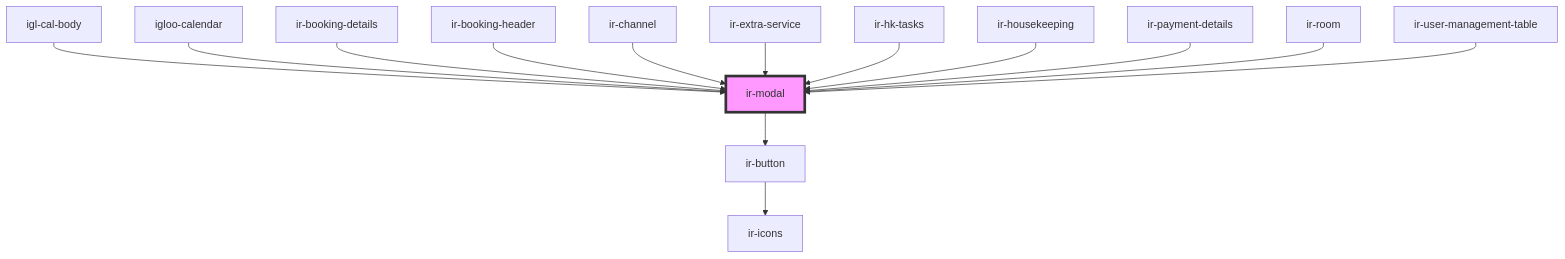
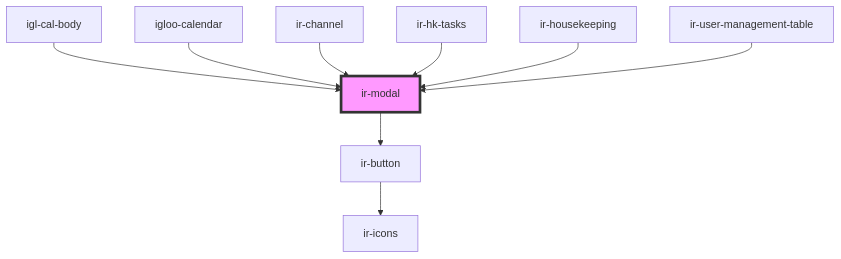
One commit to David1Chowaifaty/modified-ir-webcmp changed the diagram in src/components/ui/ir-modal/readme.md. Above: the diagram before and after it, drawn with Mermaid. The commit also changed other lines of this file and 69 other files, not shown here.

````diff
--- a/src/components/ui/ir-modal/readme.md
+++ b/src/components/ui/ir-modal/readme.md
@@ -92,17 +87,12 @@
 ```mermaid
 graph TD;
   ir-modal --> ir-button
   ir-button --> ir-icons
   igl-cal-body --> ir-modal
   igloo-calendar --> ir-modal
-  ir-booking-details --> ir-modal
-  ir-booking-header --> ir-modal
   ir-channel --> ir-modal
-  ir-extra-service --> ir-modal
   ir-hk-tasks --> ir-modal
   ir-housekeeping --> ir-modal
-  ir-payment-details --> ir-modal
-  ir-room --> ir-modal
   ir-user-management-table --> ir-modal
   style ir-modal fill:#f9f,stroke:#333,stroke-width:4px
 ```
````
